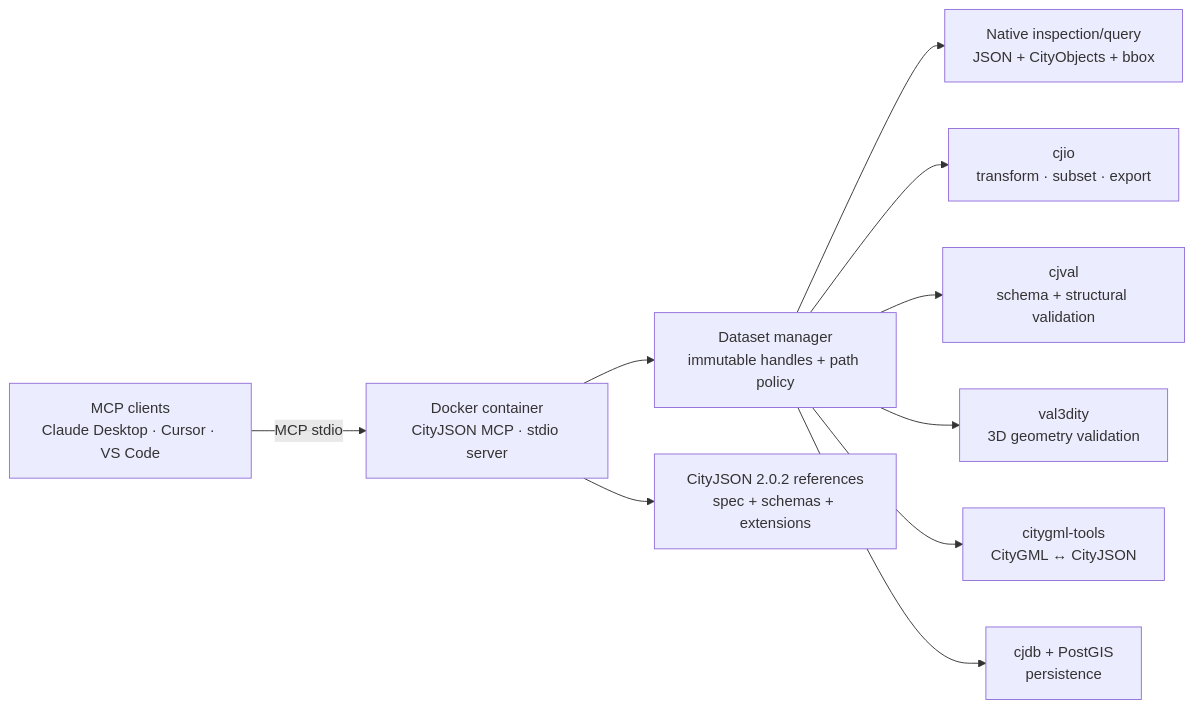
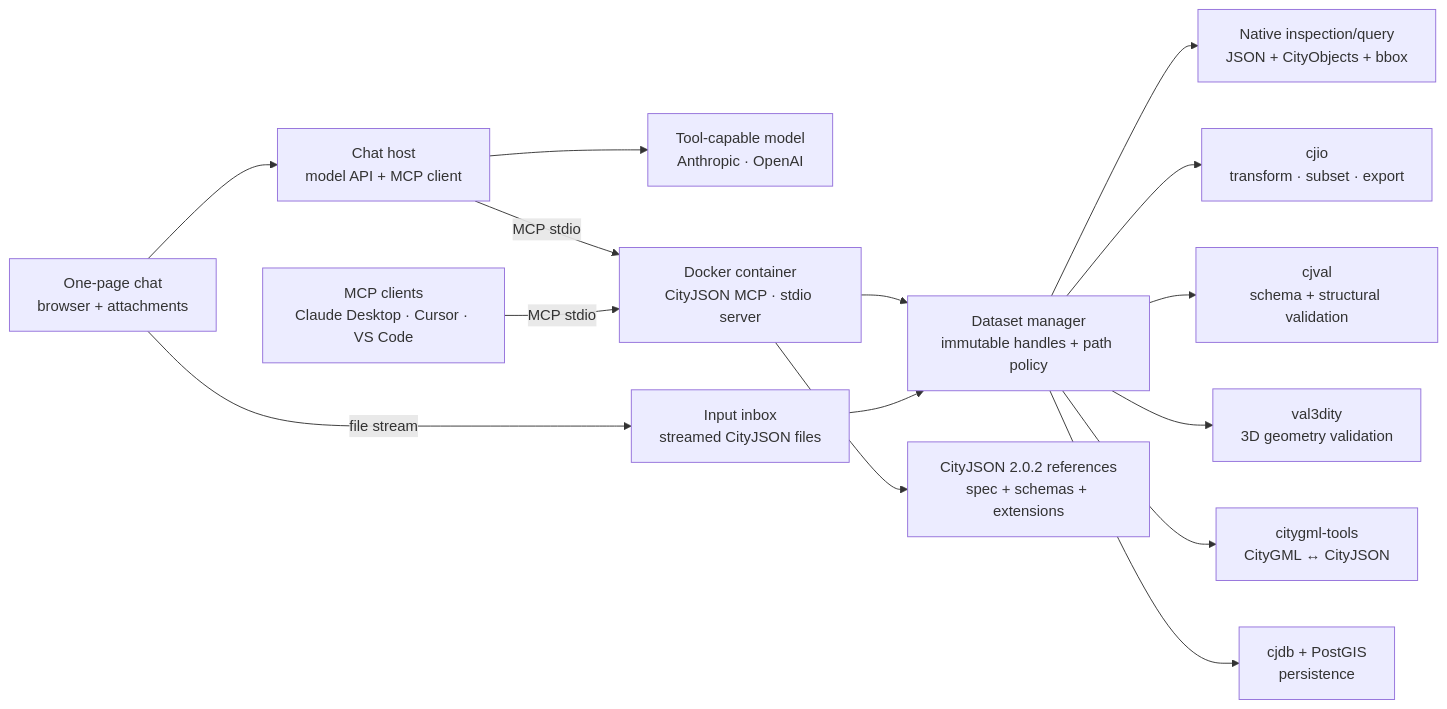
Before and after one commit to Yarroudh/cityjson-mcp: the diagram in diagrams/architecture.mmd, drawn with Mermaid. The commit also changed 30 other files, not shown here.

```diff
--- a/diagrams/architecture.mmd
+++ b/diagrams/architecture.mmd
@@ -1,21 +1,30 @@
 flowchart LR
   CLIENT["MCP clients<br/>Claude Desktop · Cursor · VS Code"]
+  BROWSER["One-page chat<br/>browser + attachments"]
+  CHAT["Chat host<br/>model API + MCP client"]
+  MODEL["Tool-capable model<br/>Anthropic · OpenAI"]
+  INPUT["Input inbox<br/>streamed CityJSON files"]
   SERVER["Docker container<br/>CityJSON MCP · stdio server"]
   CORE["Dataset manager<br/>immutable handles + path policy"]
   NATIVE["Native inspection/query<br/>JSON + CityObjects + bbox"]
   CJIO["cjio<br/>transform · subset · export"]
   CJVAL["cjval<br/>schema + structural validation"]
   VAL3["val3dity<br/>3D geometry validation"]
   CGML["citygml-tools<br/>CityGML ↔ CityJSON"]
   CJDB["cjdb + PostGIS<br/>persistence"]
   KNOW["CityJSON 2.0.2 references<br/>spec + schemas + extensions"]
 
   CLIENT -->|MCP stdio| SERVER
+  BROWSER --> CHAT
+  BROWSER -->|file stream| INPUT
+  CHAT --> MODEL
+  CHAT -->|MCP stdio| SERVER
+  INPUT --> CORE
   SERVER --> CORE
   CORE --> NATIVE
   CORE --> CJIO
   CORE --> CJVAL
   CORE --> VAL3
   CORE --> CGML
   CORE --> CJDB
   SERVER --> KNOW
```
